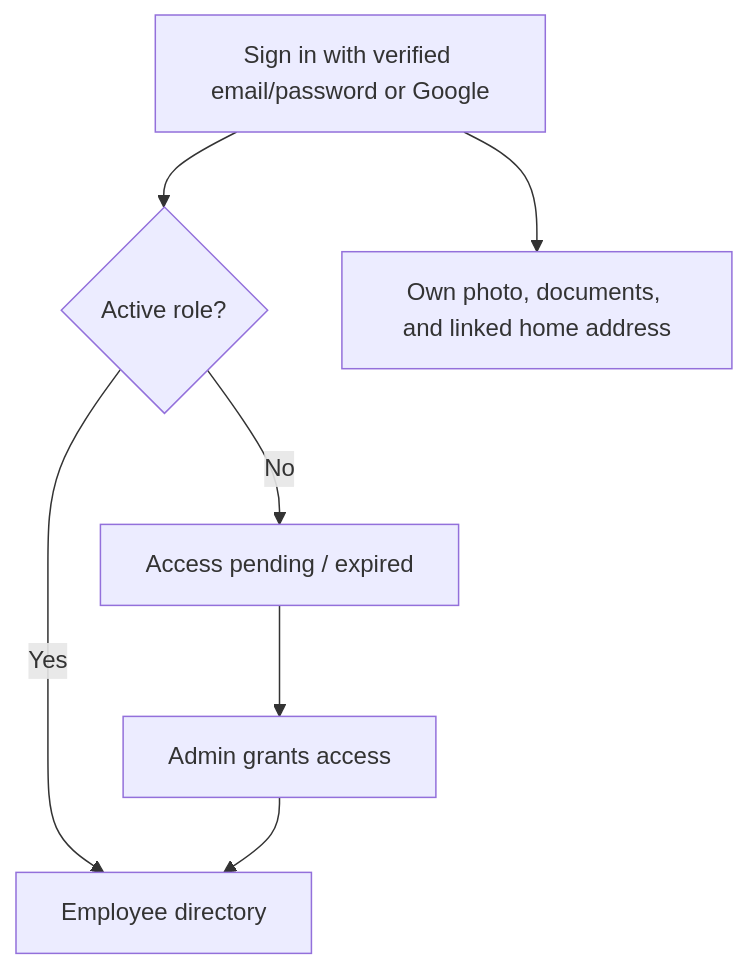
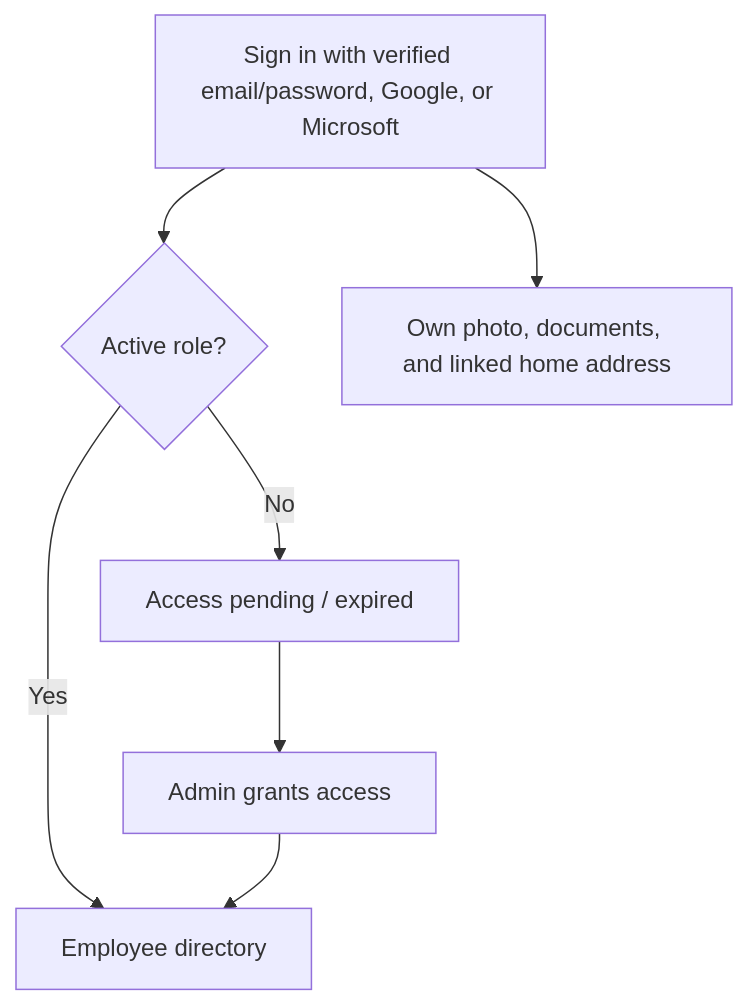
Before and after one commit to alfred-abraham/employee-app: the second of 2 diagrams in README.md, drawn with Mermaid. The commit also changed other lines of this file and 10 other files, not shown here.

````diff
--- a/README.md
+++ b/README.md
@@ -38,9 +38,9 @@
 ```mermaid
 flowchart TD
-    SignIn[Sign in with verified email/password or Google] --> Role{Active role?}
+    SignIn[Sign in with verified email/password, Google, or Microsoft] --> Role{Active role?}
     Role -->|No| Pending[Access pending / expired]
     Role -->|Yes| Directory[Employee directory]
     Pending --> Grant[Admin grants access]
     Grant --> Directory
     SignIn --> Profile[Own photo, documents, and linked home address]
 ```
````
